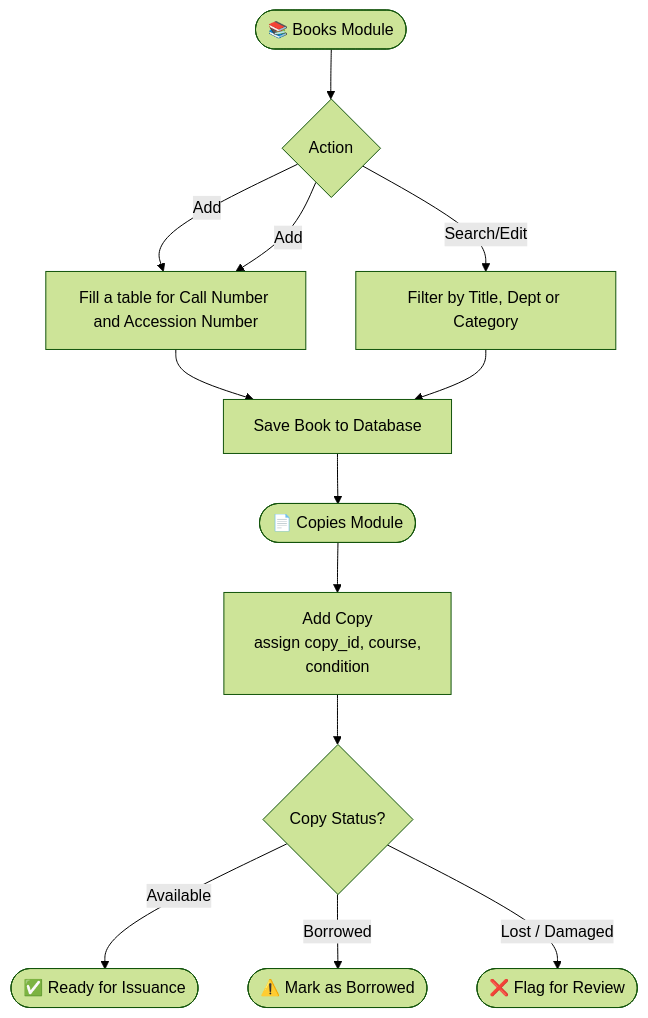
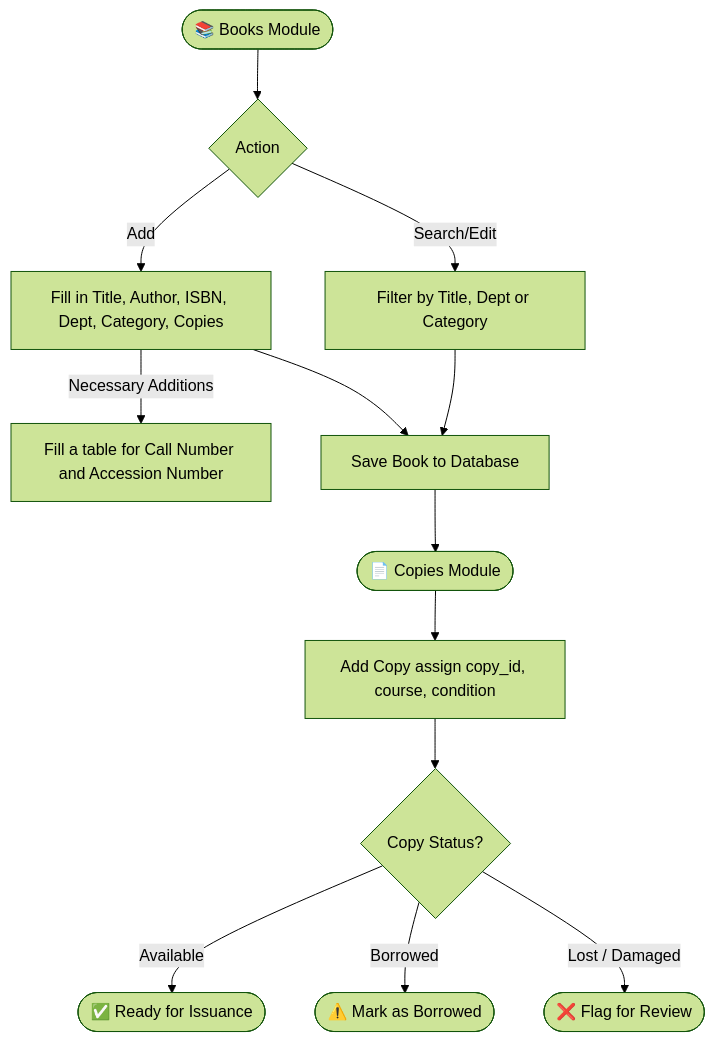
The second of 8 diagrams in Flowchart.md (ErickGaceta/BaguioCentralUniversity_LibraryManagementSystem), drawn with Mermaid (forest theme) before and after one commit. The commit also changed other lines of this file, not shown here.

````diff
--- a/Flowchart.md
+++ b/Flowchart.md
@@ -29,16 +29,16 @@
 ```mermaid
 flowchart TD
     A([📚 Books Module]) --> B{Action}
     B -->|Add| C[Fill in Title, Author, ISBN, Dept, Category, Copies]
-    B -->|Add| C[Fill a table for Call Number and Accession Number]
+    C -->|Necessary Additions| Z[Fill a table for Call Number and Accession Number]
     B -->|Search/Edit| D[Filter by Title, Dept or Category]
     C --> E[Save Book to Database]
     D --> E
 
     E --> F([📄 Copies Module])
-    F --> G[Add Copy\nassign copy_id, course,\ncondition]
+    F --> G[Add Copy assign copy_id, course, condition]
     G --> H{Copy Status?}
     H -->|Available| I([✅ Ready for Issuance])
     H -->|Borrowed| J([⚠️ Mark as Borrowed])
     H -->|Lost / Damaged| K([❌ Flag for Review])
 ```
````
